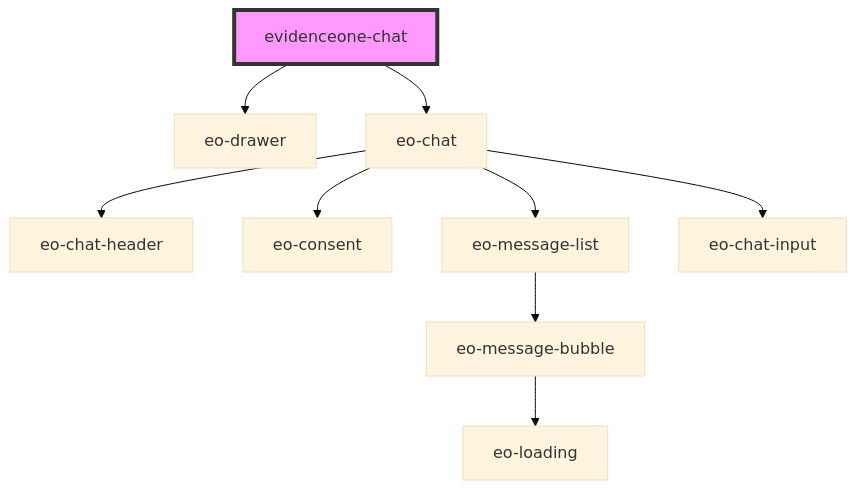
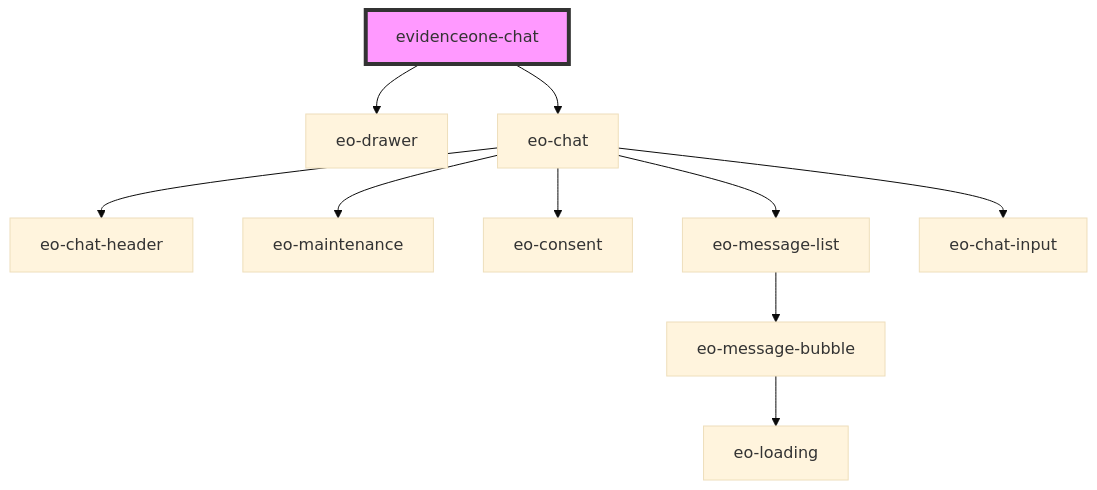
The diagram in src/components/evidenceone-chat/readme.md (EvidenceOne/evidenceone-chat-widget), drawn with Mermaid (base theme) before and after one commit. The commit also changed 10 other files, not shown here.

````diff
--- a/src/components/evidenceone-chat/readme.md
+++ b/src/components/evidenceone-chat/readme.md
@@ -56,12 +56,13 @@
 ```mermaid
 graph TD;
   evidenceone-chat --> eo-drawer
   evidenceone-chat --> eo-chat
   eo-chat --> eo-chat-header
+  eo-chat --> eo-maintenance
   eo-chat --> eo-consent
   eo-chat --> eo-message-list
   eo-chat --> eo-chat-input
   eo-message-list --> eo-message-bubble
   eo-message-bubble --> eo-loading
   style evidenceone-chat fill:#f9f,stroke:#333,stroke-width:4px
 ```
````
